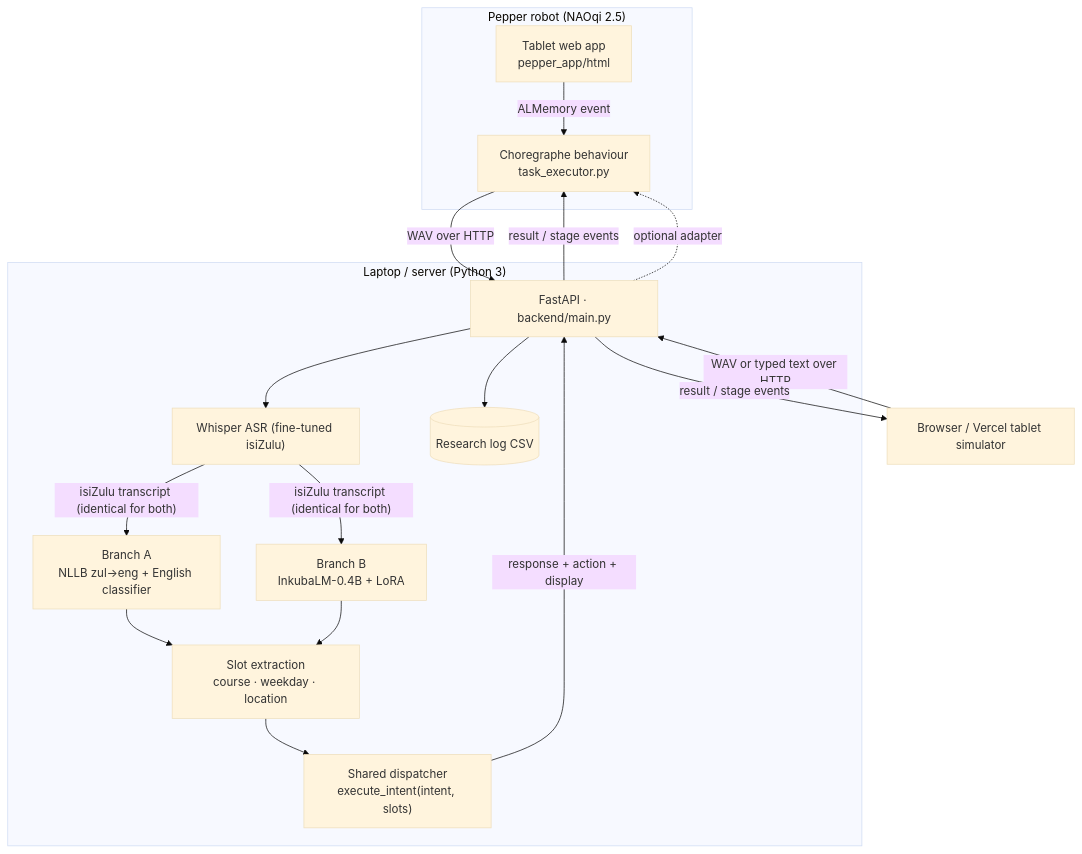
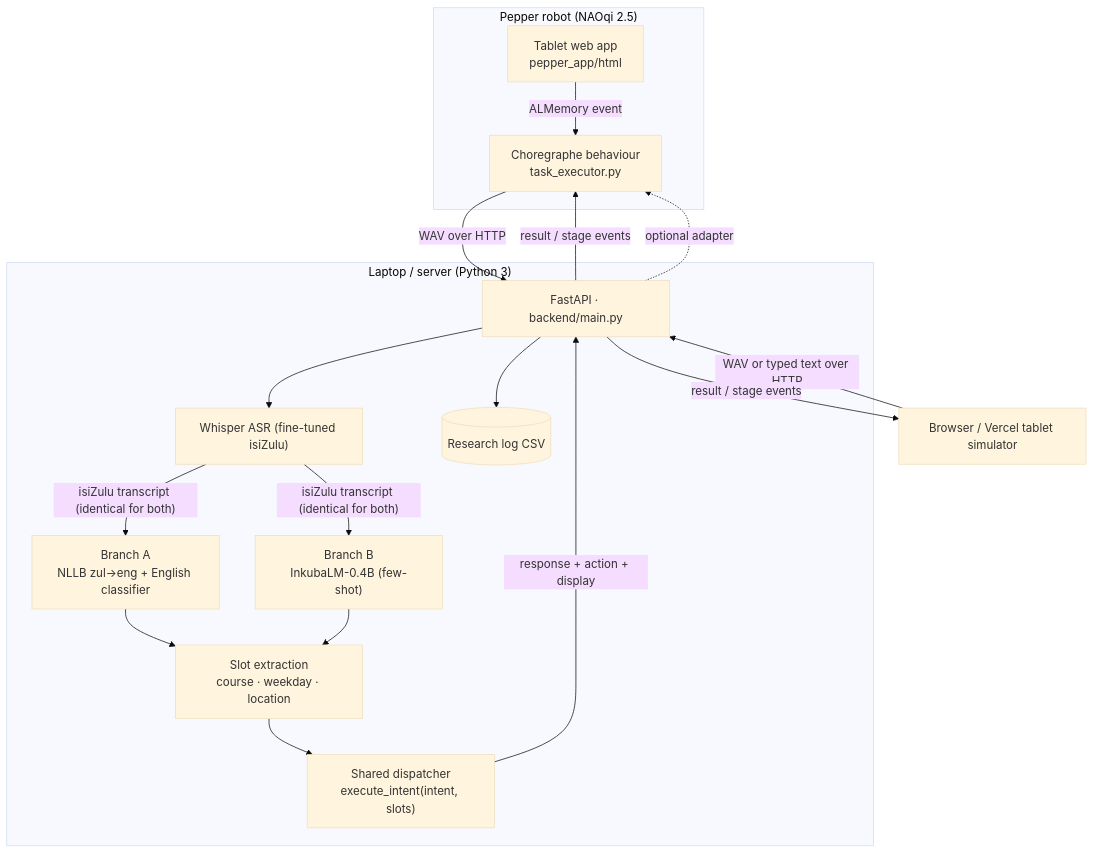
One commit to kvmnisi/PhilaniPepper changed the diagram in README.md. Above: the diagram before and after it, drawn with Mermaid (base theme). The commit also changed other lines of this file and 14 other files, not shown here.

First line of the commit message:
Branch B: use InkubaLM-0.4B directly with few-shot label scoring

````diff
--- a/README.md
+++ b/README.md
@@ -43,30 +43,30 @@
 ```mermaid
 flowchart TD
     subgraph Pepper["Pepper robot (NAOqi 2.5)"]
         T["Tablet web app<br/>pepper_app/html"]
         X["Choregraphe behaviour<br/>task_executor.py"]
     end
     subgraph Laptop["Laptop / server (Python 3)"]
         API["FastAPI · backend/main.py"]
         ASR["Whisper ASR (fine-tuned isiZulu)"]
         A["Branch A<br/>NLLB zul→eng + English classifier"]
-        B["Branch B<br/>InkubaLM-0.4B + LoRA"]
+        B["Branch B<br/>InkubaLM-0.4B (few-shot)"]
         S["Slot extraction<br/>course · weekday · location"]
         D["Shared dispatcher<br/>execute_intent(intent, slots)"]
         L[("Research log CSV")]
     end
     W["Browser / Vercel tablet simulator"]
 
     T -- "ALMemory event" --> X
     X -- "WAV over HTTP" --> API
     W -- "WAV or typed text over HTTP" --> API
     API --> ASR -- "isiZulu transcript (identical for both)" --> A & B
     A --> S
     B --> S
     S --> D
     D -- "response + action + display" --> API
     API -- "result / stage events" --> W
     API -- "result / stage events" --> X
     API -. "optional adapter" .-> X
     API --> L
 ```
````
